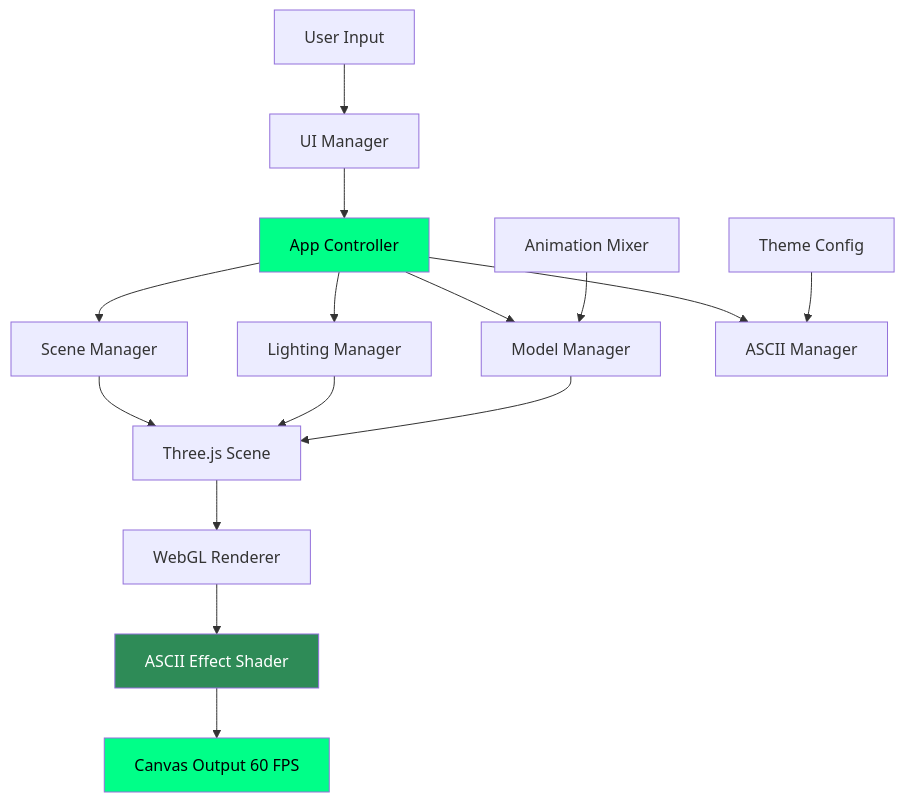
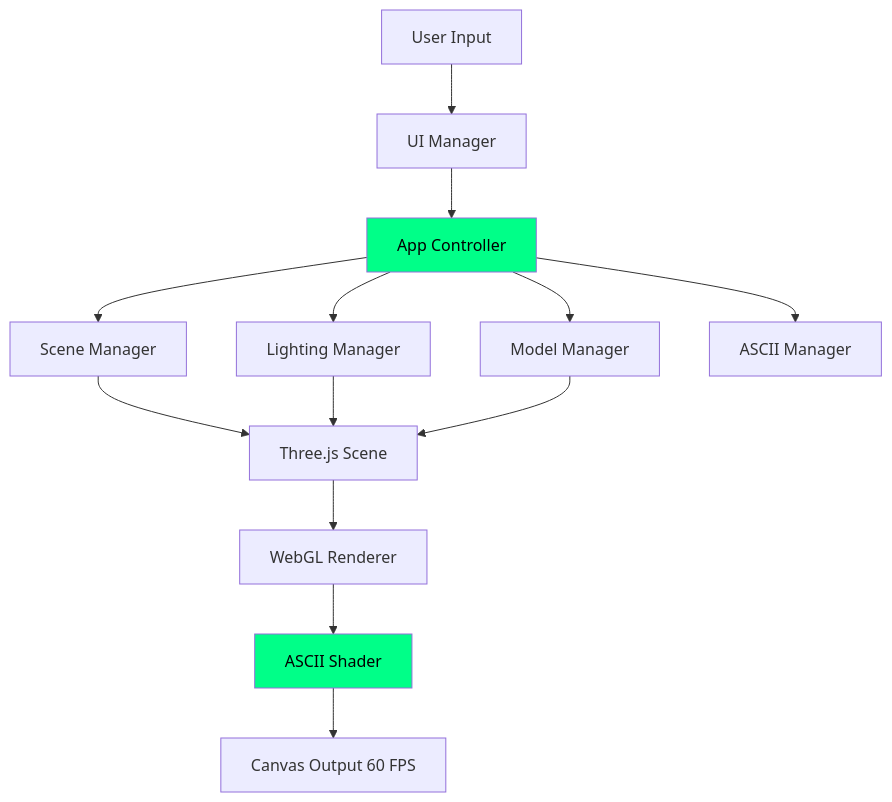
The diagram in README.md (Zacsluss/ascii_3d_animator), drawn with Mermaid before and after one commit. The commit also changed other lines of this file, not shown here.

````diff
--- a/README.md
+++ b/README.md
@@ -222,24 +142,20 @@
 ```mermaid
 graph TB
     A[User Input] --> B[UI Manager]
     B --> C[App Controller]
     C --> D[Scene Manager]
     C --> E[Lighting Manager]
     C --> F[Model Manager]
     C --> G[ASCII Manager]
 
     D --> H[Three.js Scene]
     E --> H
     F --> H
 
     H --> I[WebGL Renderer]
-    I --> J[ASCII Effect Shader]
+    I --> J[ASCII Shader]
     J --> K[Canvas Output 60 FPS]
 
-    L[Theme Config] --> G
-    M[Animation Mixer] --> F
-
     style C fill:#00ff88,color:#000
-    style J fill:#2e8b57,color:#fff
-    style K fill:#00ff88,color:#000
+    style J fill:#00ff88,color:#000
 ```
````
